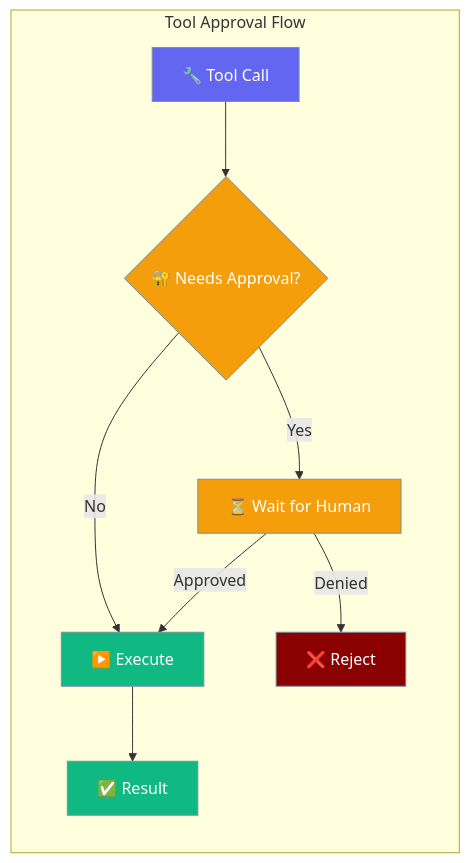
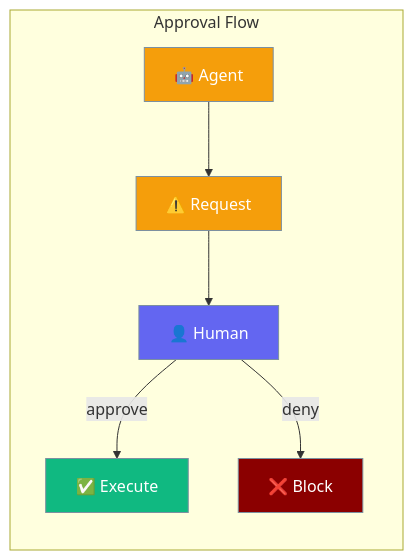
The first of 2 diagrams in docs/js/approval.mdx (MervinPraison/PraisonAIDocs), drawn with Mermaid before and after one commit. The commit also changed other lines of this file and 30 other files, not shown here.

````diff
--- a/docs/js/approval.mdx
+++ b/docs/js/approval.mdx
@@ -10,21 +10,19 @@
 ```mermaid
 graph LR
-    subgraph "Tool Approval Flow"
-        A[🔧 Tool Call] --> B{🔐 Needs Approval?}
-        B -->|Yes| C[⏳ Wait for Human]
-        B -->|No| E[▶️ Execute]
-        C -->|Approved| E
-        C -->|Denied| D[❌ Reject]
-        E --> F[✅ Result]
+    subgraph "Approval Flow"
+        A[🤖 Agent] --> B[⚠️ Request]
+        B --> C[👤 Human]
+        C -->|approve| D[✅ Execute]
+        C -->|deny| E[❌ Block]
     end
     
-    classDef tool fill:#6366F1,stroke:#7C90A0,color:#fff
-    classDef decision fill:#F59E0B,stroke:#7C90A0,color:#fff
+    classDef agent fill:#F59E0B,stroke:#7C90A0,color:#fff
+    classDef human fill:#6366F1,stroke:#7C90A0,color:#fff
     classDef result fill:#10B981,stroke:#7C90A0,color:#fff
-    classDef reject fill:#8B0000,stroke:#7C90A0,color:#fff
+    classDef blocked fill:#8B0000,stroke:#7C90A0,color:#fff
     
-    class A tool
-    class B,C decision
-    class E,F result
-    class D reject
+    class A,B agent
+    class C human
+    class D result
+    class E blocked
 ```
````
